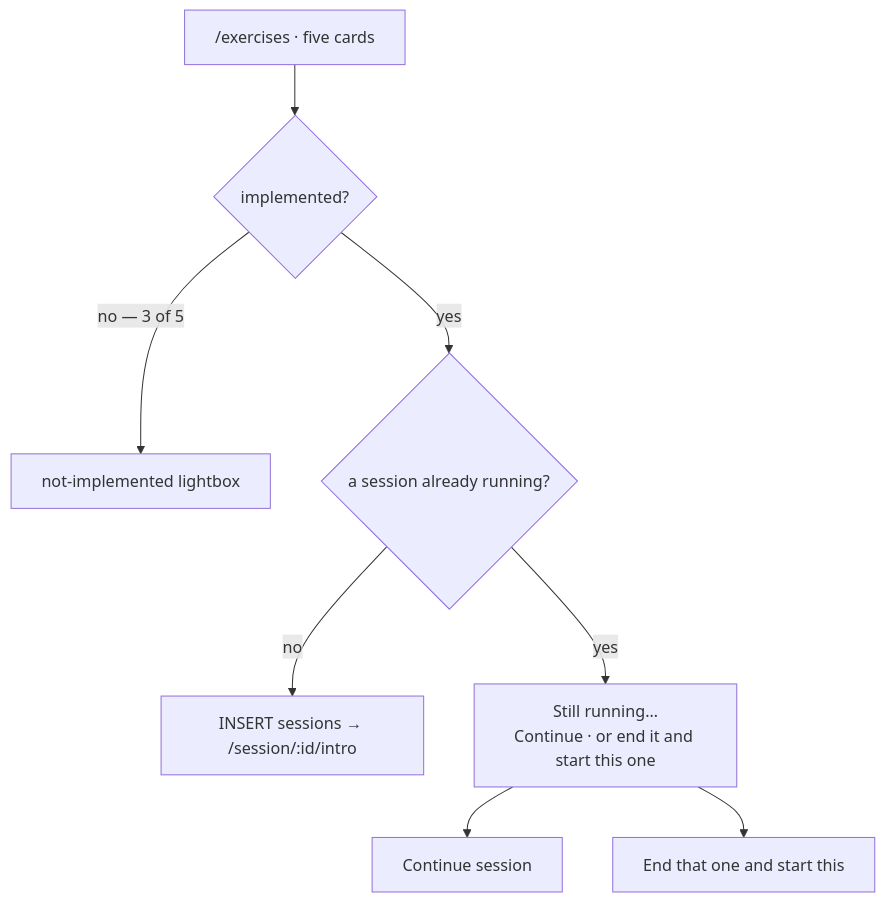
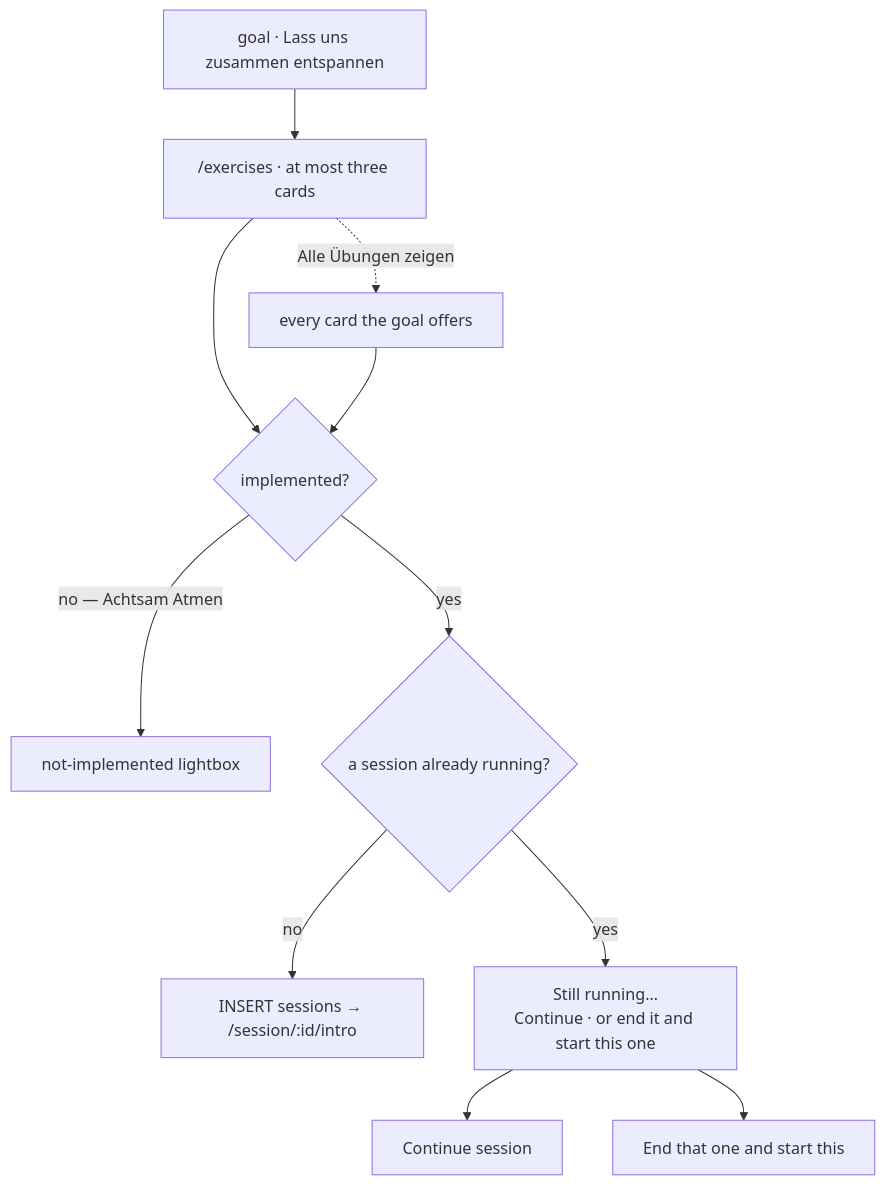
The diagram in apps/docs/features/exercises.md (product-ben/musie), drawn with Mermaid before and after one commit. The commit also changed other lines of this file and 17 other files, not shown here.

````diff
--- a/apps/docs/features/exercises.md
+++ b/apps/docs/features/exercises.md
@@ -6,10 +7,13 @@
 ```mermaid
 flowchart TD
-  L["/exercises · five cards"] --> P{"implemented?"}
-  P -->|"no — 3 of 5"| NI["not-implemented lightbox"]
+  G["goal · Lass uns zusammen entspannen"] --> L["/exercises · at most three cards"]
+  L -.->|"Alle Übungen zeigen"| A["every card the goal offers"]
+  L --> P{"implemented?"}
+  A --> P
+  P -->|"no — Achtsam Atmen"| NI["not-implemented lightbox"]
   P -->|"yes"| R{"a session already running?"}
   R -->|"no"| S["INSERT sessions → /session/:id/intro"]
   R -->|"yes"| C["Still running…<br/>Continue · or end it and start this one"]
   C --> C1["Continue session"]
   C --> C2["End that one and start this"]
 ```
````
